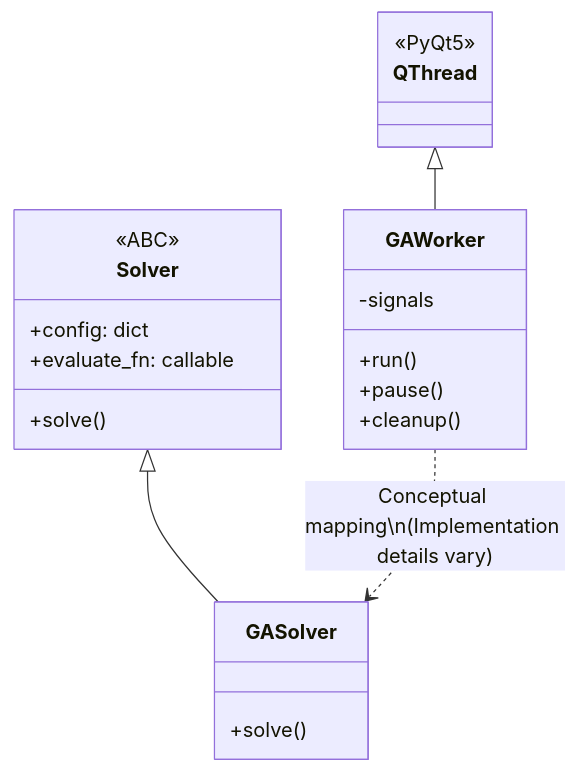
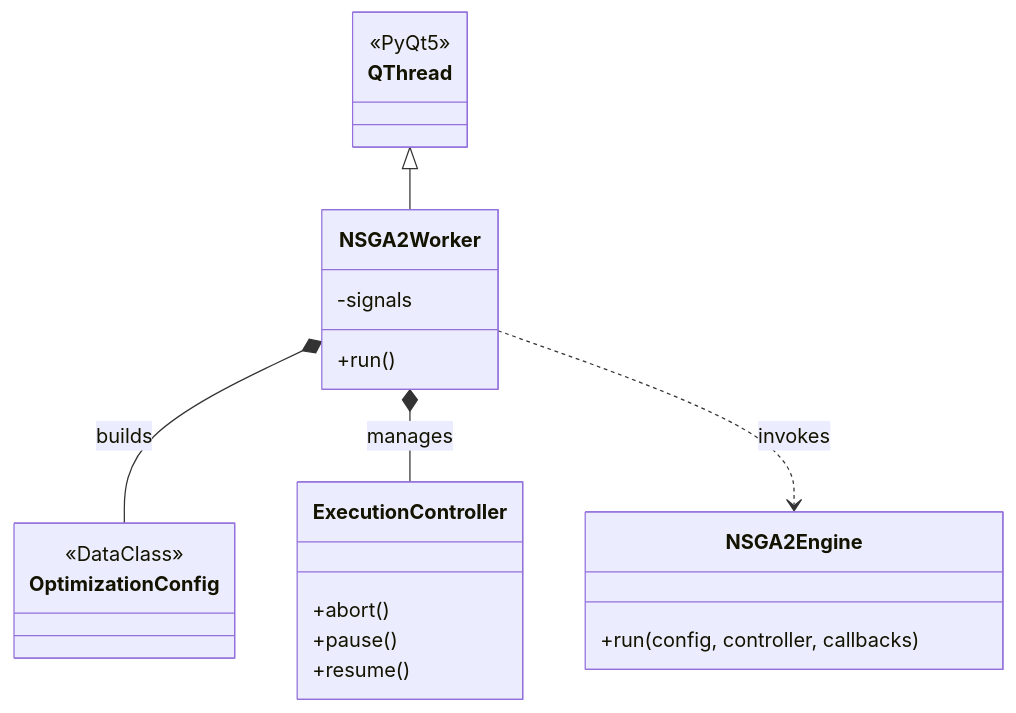
One commit to mahan2079/DeVana changed the first of 2 diagrams in Documents/Optimization_Guild/Architecture_Overview.md. Above: the diagram before and after it, drawn with Mermaid. The commit also changed other lines of this file and 2 other files, not shown here.

Commit message:
docs: update Guild Architecture records for Headless NSGA-II

````diff
--- a/Documents/Optimization_Guild/Architecture_Overview.md
+++ b/Documents/Optimization_Guild/Architecture_Overview.md
@@ -21,27 +21,27 @@
 ```mermaid
 classDiagram
     class QThread {
         <<PyQt5>>
     }
-    class Solver {
-        <<ABC>>
-        +config: dict
-        +evaluate_fn: callable
-        +solve()
+    class OptimizationConfig {
+        <<DataClass>>
+    }
+    class ExecutionController {
+        +abort()
+        +pause()
+        +resume()
+    }
+    class NSGA2Engine {
+        +run(config, controller, callbacks)
     }
     
-    class GAWorker {
+    class NSGA2Worker {
         +run()
-        +pause()
-        +cleanup()
         -signals
     }
-    class GASolver {
-        +solve()
-    }
     
-    QThread <|-- GAWorker
-    Solver <|-- GASolver
-    
-    GAWorker ..> GASolver : Conceptual mapping\n(Implementation details vary)
+    QThread <|-- NSGA2Worker
+    NSGA2Worker *-- OptimizationConfig : builds
+    NSGA2Worker *-- ExecutionController : manages
+    NSGA2Worker ..> NSGA2Engine : invokes
 ```
````
